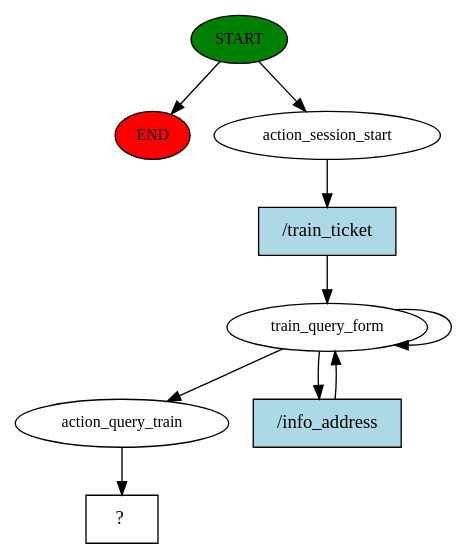
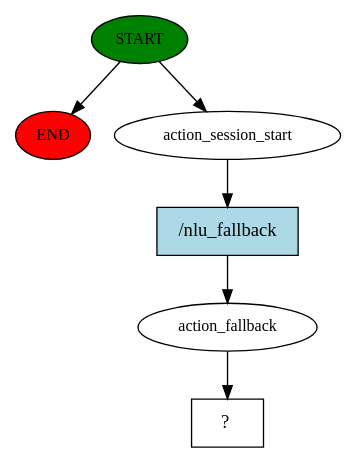
One commit to lyirs/rasa_CN changed the diagram in story_graph.dot. Above: the diagram before and after it, drawn with Graphviz. The commit also changed 10 other files, not shown here.

```diff
--- a/story_graph.dot
+++ b/story_graph.dot
@@ -1,19 +1,13 @@
 digraph  {
 0 [class="start active", fillcolor=green, fontsize=12, label=START, style=filled];
 "-1" [class=end, fillcolor=red, fontsize=12, label=END, style=filled];
 1 [class=active, fontsize=12, label=action_session_start];
-2 [class=active, fontsize=12, label=train_query_form];
-8 [class=active, fontsize=12, label=action_query_train];
-9 [class="intent dashed active", label="  ?  ", shape=rect];
-10 [class="intent active", fillcolor=lightblue, label="/train_ticket", shape=rect, style=filled];
-11 [class="intent active", fillcolor=lightblue, label="/info_address", shape=rect, style=filled];
+2 [class=active, fontsize=12, label=action_fallback];
+3 [class="intent dashed active", label="  ?  ", shape=rect];
+4 [class="intent active", fillcolor=lightblue, label="/nlu_fallback", shape=rect, style=filled];
 0 -> "-1"  [class="", key=NONE, label=""];
 0 -> 1  [class=active, key=NONE, label=""];
-1 -> 10  [class=active, key=0];
-2 -> 2  [class=active, key=NONE, label=""];
-2 -> 8  [class=active, key=NONE, label=""];
-2 -> 11  [class=active, key=0];
-8 -> 9  [class=active, key=NONE, label=""];
-10 -> 2  [class=active, key=0];
-11 -> 2  [class=active, key=0];
+1 -> 4  [class=active, key=0];
+2 -> 3  [class=active, key=NONE, label=""];
+4 -> 2  [class=active, key=0];
 }
```
